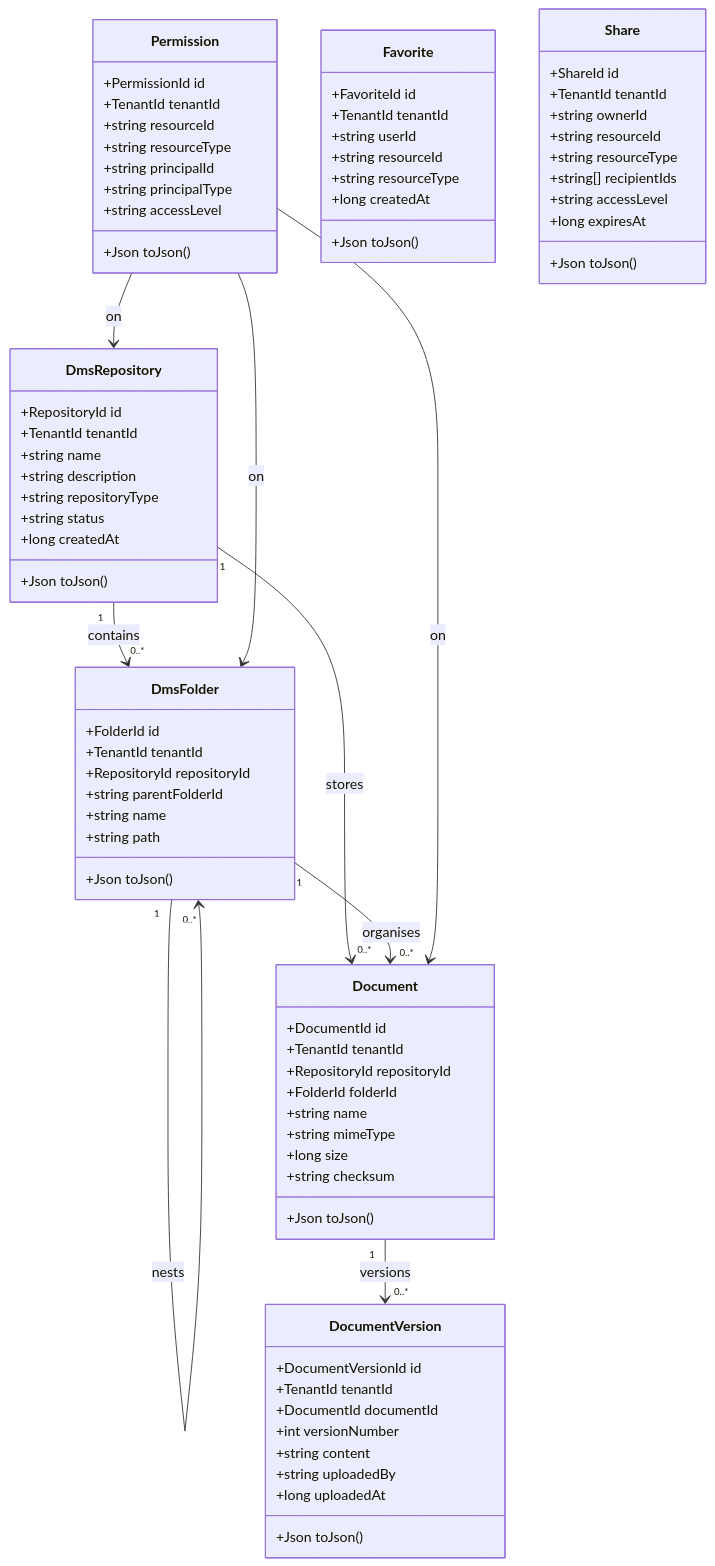
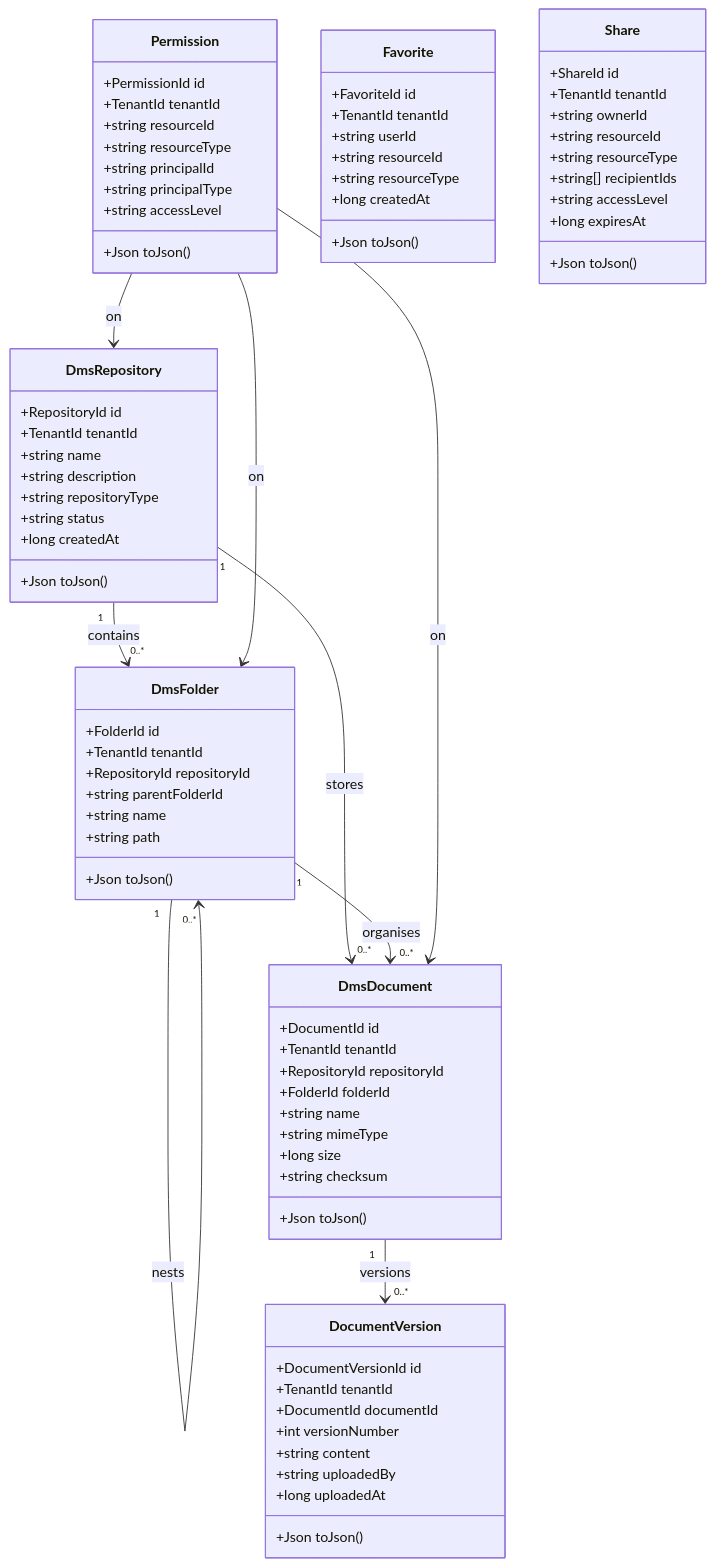
The first of 3 diagrams in dms-application/UML.md (UIMSolutions/uim-platform), drawn with Mermaid before and after one commit. The commit also changed other lines of this file and 69 other files, not shown here.

````diff
--- a/dms-application/UML.md
+++ b/dms-application/UML.md
@@ -10,82 +10,82 @@
 ```mermaid
 classDiagram
     class DmsRepository {
         +RepositoryId id
         +TenantId tenantId
         +string name
         +string description
         +string repositoryType
         +string status
         +long createdAt
         +Json toJson()
     }
     class DmsFolder {
         +FolderId id
         +TenantId tenantId
         +RepositoryId repositoryId
         +string parentFolderId
         +string name
         +string path
         +Json toJson()
     }
-    class Document {
+    class DmsDocument {
         +DocumentId id
         +TenantId tenantId
         +RepositoryId repositoryId
         +FolderId folderId
         +string name
         +string mimeType
         +long size
         +string checksum
         +Json toJson()
     }
     class DocumentVersion {
         +DocumentVersionId id
         +TenantId tenantId
         +DocumentId documentId
         +int versionNumber
         +string content
         +string uploadedBy
         +long uploadedAt
         +Json toJson()
     }
     class Permission {
         +PermissionId id
         +TenantId tenantId
         +string resourceId
         +string resourceType
         +string principalId
         +string principalType
         +string accessLevel
         +Json toJson()
     }
     class Favorite {
         +FavoriteId id
         +TenantId tenantId
         +string userId
         +string resourceId
         +string resourceType
         +long createdAt
         +Json toJson()
     }
     class Share {
         +ShareId id
         +TenantId tenantId
         +string ownerId
         +string resourceId
         +string resourceType
         +string[] recipientIds
         +string accessLevel
         +long expiresAt
         +Json toJson()
     }
 
     DmsRepository "1" --> "0..*" DmsFolder : contains
-    DmsRepository "1" --> "0..*" Document : stores
+    DmsRepository "1" --> "0..*" DmsDocument : stores
     DmsFolder "1" --> "0..*" DmsFolder : nests
-    DmsFolder "1" --> "0..*" Document : organises
-    Document "1" --> "0..*" DocumentVersion : versions
+    DmsFolder "1" --> "0..*" DmsDocument : organises
+    DmsDocument "1" --> "0..*" DocumentVersion : versions
     Permission --> DmsRepository : on
     Permission --> DmsFolder : on
-    Permission --> Document : on
+    Permission --> DmsDocument : on
 ```
````
